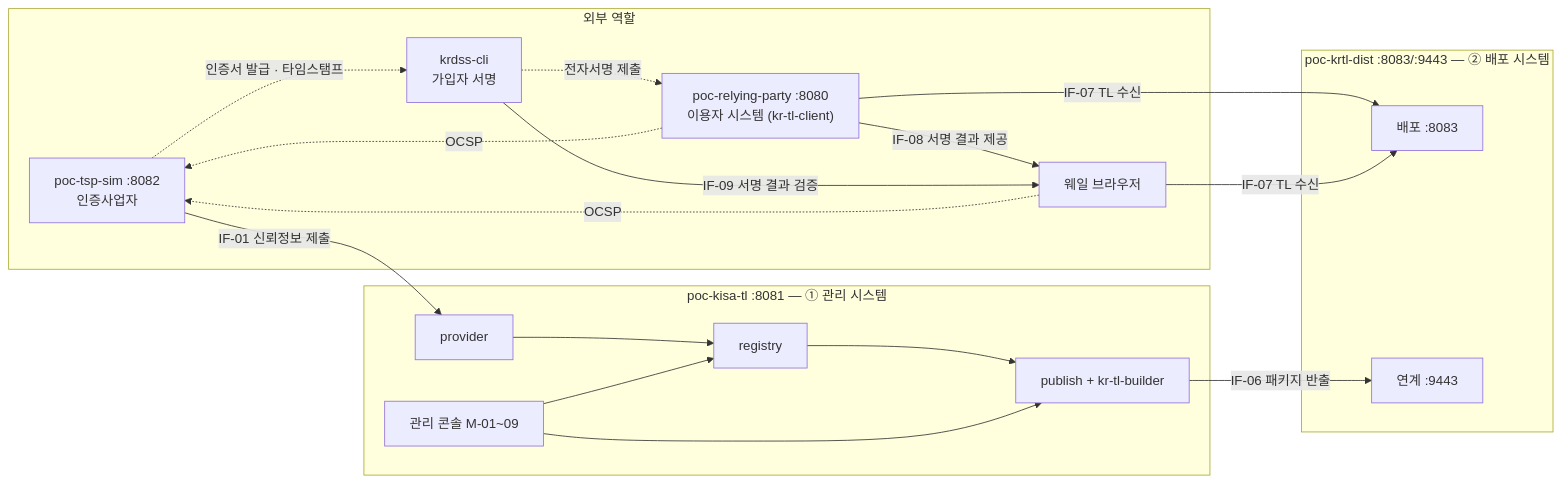
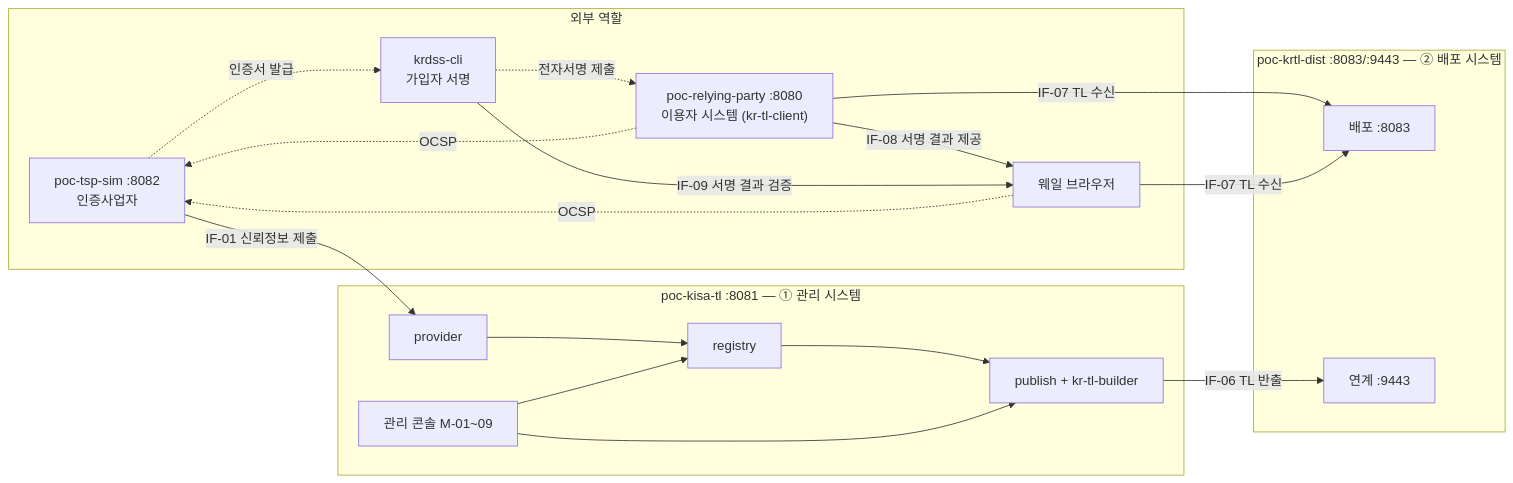
The diagram in docs/design/KR-TL-관리시스템/04-PoC-구성.md (yongsungkim-electcerti/kr-dss), drawn with Mermaid before and after one commit. The commit also changed other lines of this file and 22 other files, not shown here.

````diff
--- a/docs/design/KR-TL-관리시스템/04-PoC-구성.md
+++ b/docs/design/KR-TL-관리시스템/04-PoC-구성.md
@@ -27,30 +27,30 @@
 ```mermaid
 flowchart LR
     subgraph EXT["외부 역할"]
         TSP["poc-tsp-sim :8082<br/>인증사업자"]
         USR["krdss-cli<br/>가입자 서명"]
         WH["웨일 브라우저"]
         RP["poc-relying-party :8080<br/>이용자 시스템 (kr-tl-client)"]
     end
     subgraph M["poc-kisa-tl :8081 — ① 관리 시스템"]
         CON["관리 콘솔 M-01~09"]
         PRV["provider"]
         REG["registry"]
         PUB["publish + kr-tl-builder"]
     end
     subgraph D["poc-krtl-dist :8083/:9443 — ② 배포 시스템"]
         DL["배포 :8083"]
         RCV["연계 :9443"]
     end
     TSP -- "IF-01 신뢰정보 제출" --> PRV --> REG --> PUB
     CON --> REG & PUB
-    PUB -- "IF-06 패키지 반출" --> RCV
+    PUB -- "IF-06 TL 반출" --> RCV
     RP -- "IF-07 TL 수신" --> DL
     WH -- "IF-07 TL 수신" --> DL
-    TSP -. "인증서 발급 · 타임스탬프" .-> USR
+    TSP -. "인증서 발급" .-> USR
     USR -. "전자서명 제출" .-> RP
     RP -- "IF-08 서명 결과 제공" --> WH
     USR -- "IF-09 서명 결과 검증" --> WH
     RP -. "OCSP" .-> TSP
     WH -. "OCSP" .-> TSP
 ```
````
